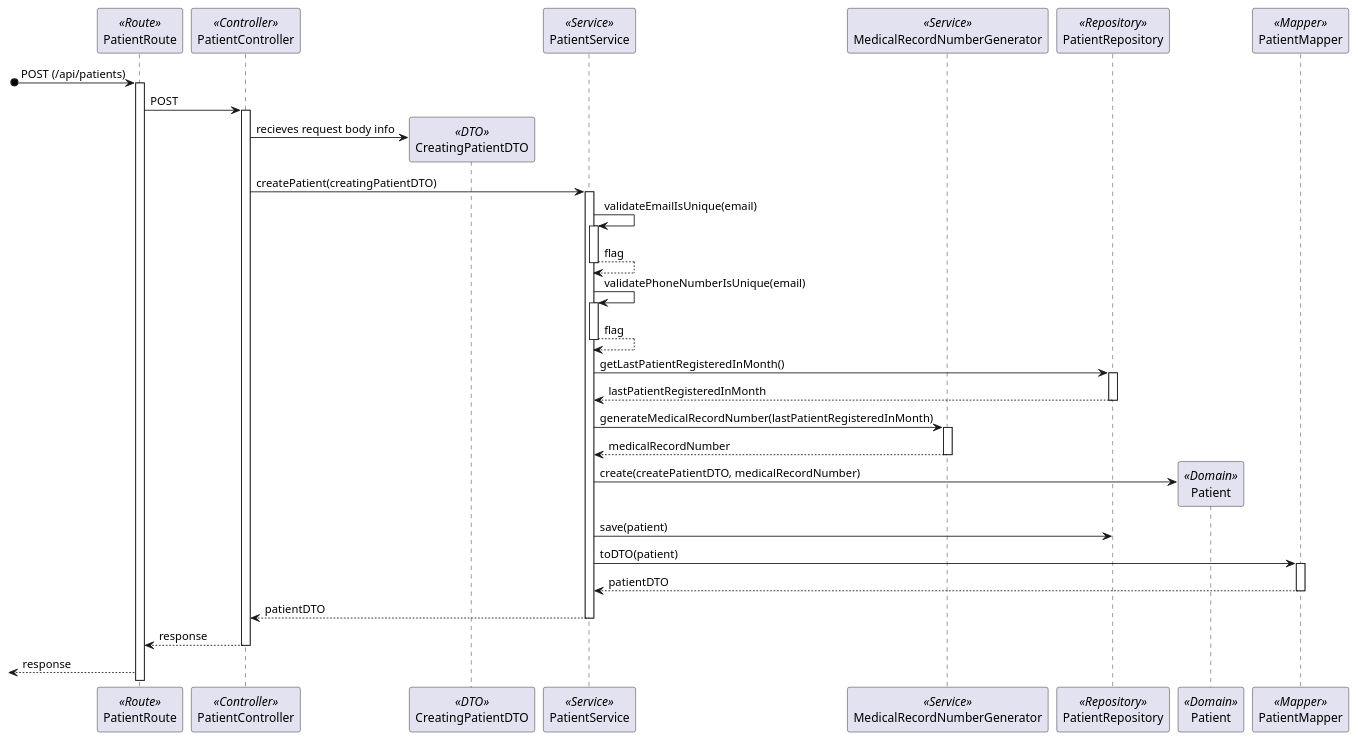
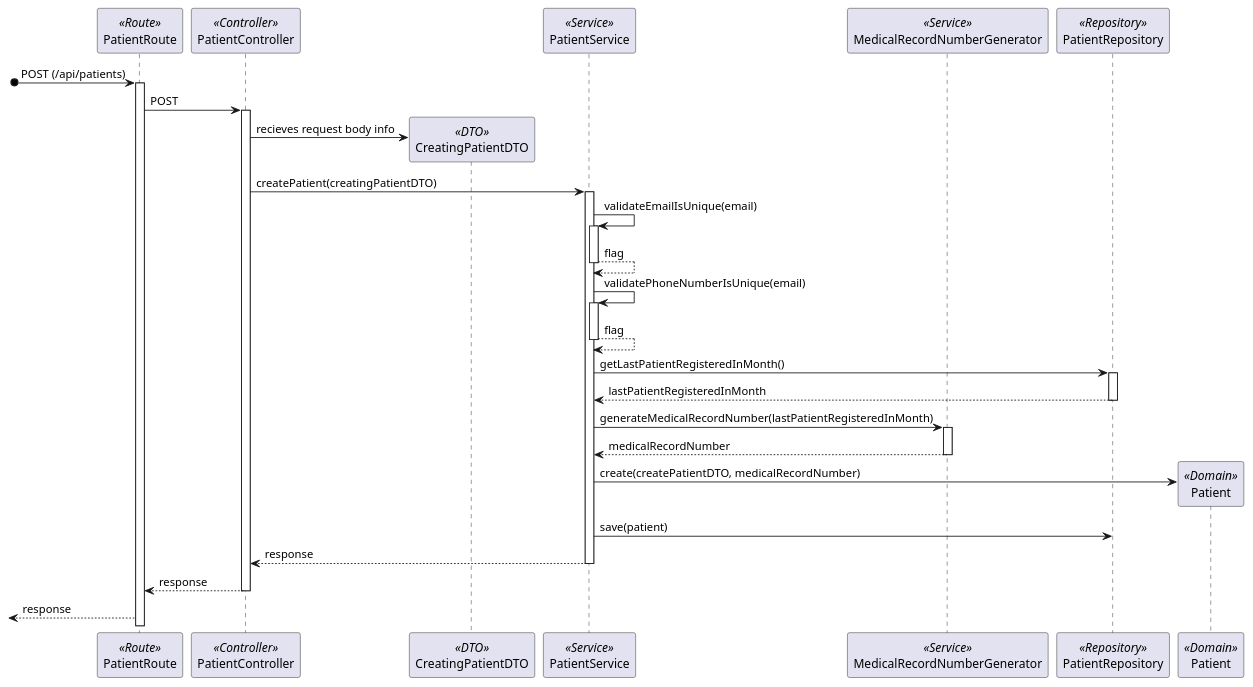
Before and after one commit to Rodrick0209/ISEP-SEM5PI-24-25: the diagram in docs/Sprint_1/US_5.1.8/L3/Process_View.puml, drawn with PlantUML. The commit also changed 15 other files, not shown here.

Commit message:
US 5.1.8-5.1.11 / 5.1.3-5.1.5 All diagrams updated for better compreehension #4 #5 #6 #9 #10 #11 #12

```diff
--- a/docs/Sprint_1/US_5.1.8/L3/Process_View.puml
+++ b/docs/Sprint_1/US_5.1.8/L3/Process_View.puml
@@ -2,40 +2,34 @@
 @startuml Process_View
 participant PatientRoute as Route <<Route>>
 participant PatientController as Controller <<Controller>>
 participant CreatingPatientDTO as DTO <<DTO>>
 participant PatientService as Service <<Service>>
 participant MedicalRecordNumberGenerator as MedicalRecordNumberGenerator <<Service>>
 participant PatientRepository as Repository <<Repository>>
 participant Patient as Domain <<Domain>>
-participant PatientMapper as Mapper <<Mapper>>
 [o-> Route: POST (/api/patients)
 activate Route
 Route -> Controller : POST
 activate Controller
 Controller -> DTO** : recieves request body info
 Controller -> Service : createPatient(creatingPatientDTO)
 activate Service
 Service -> Service : validateEmailIsUnique(email)
 activate Service
 return flag
 Service -> Service : validatePhoneNumberIsUnique(email)
 activate Service
 return flag
 Service -> Repository : getLastPatientRegisteredInMonth()
 activate Repository
 return lastPatientRegisteredInMonth
 Service -> MedicalRecordNumberGenerator : generateMedicalRecordNumber(lastPatientRegisteredInMonth)
 activate MedicalRecordNumberGenerator
 return medicalRecordNumber
 Service -> Domain** : create(createPatientDTO, medicalRecordNumber)
 Service -> Repository : save(patient)
-Service -> Mapper : toDTO(patient)
-activate Mapper
-return patientDTO
-Service --> Controller : patientDTO
-deactivate Service
-Controller --> Route : response
-deactivate Controller
+return response
+return response
 <-- Route : response
 
 @enduml
```
